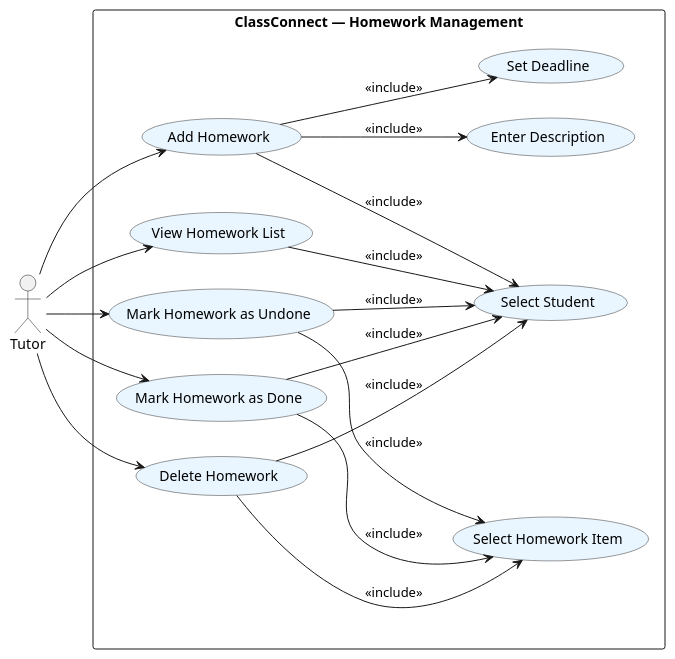
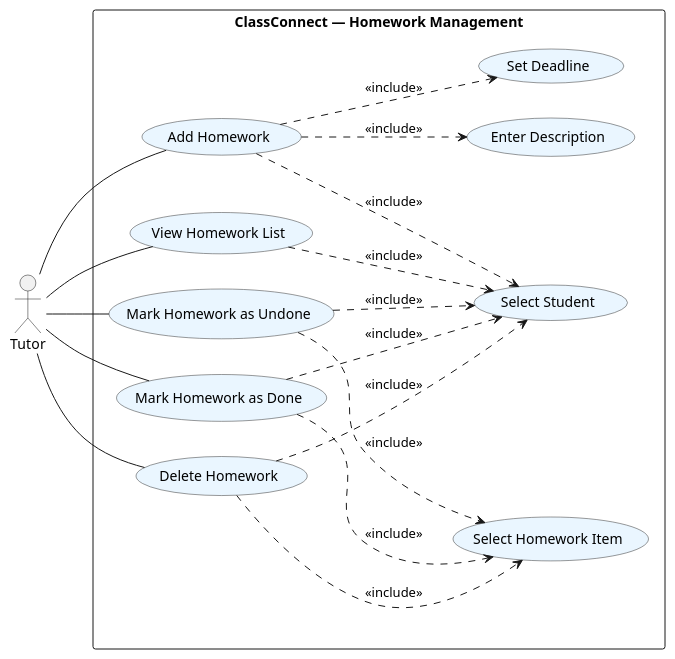
One commit to haobuhaoo/tp changed the diagram in docs/diagrams/HomeworkUseCase.puml. Above: the diagram before and after it, drawn with PlantUML.

Commit message:
Edit UML diagram

```diff
--- a/docs/diagrams/HomeworkUseCase.puml
+++ b/docs/diagrams/HomeworkUseCase.puml
@@ -1,46 +1,46 @@
 @startuml
 left to right direction
 skinparam packageStyle rectangle
 skinparam usecase {
   BackgroundColor #EAF6FF
   BorderColor #333
 }
 
 actor Tutor as T
 
 rectangle "ClassConnect — Homework Management" {
   usecase "Add Homework" as UC_Add
   usecase "Delete Homework" as UC_Del
   usecase "Mark Homework as Done" as UC_Done
   usecase "Mark Homework as Undone" as UC_Undone
   usecase "View Homework List" as UC_View
 
 
   usecase "Select Student" as UC_SelectStudent
   usecase "Select Homework Item" as UC_SelectItem
   usecase "Enter Description" as UC_Desc
   usecase "Set Deadline" as UC_Deadline
 }
 
-T --> UC_Add
-T --> UC_Del
-T --> UC_Done
-T --> UC_Undone
-T --> UC_View
+T -- UC_Add
+T -- UC_Del
+T -- UC_Done
+T -- UC_Undone
+T -- UC_View
 
 
-UC_Add --> UC_SelectStudent : <<include>>
-UC_Add --> UC_Desc          : <<include>>
-UC_Add --> UC_Deadline      : <<include>>
+UC_Add ..> UC_SelectStudent : <<include>>
+UC_Add ..> UC_Desc          : <<include>>
+UC_Add ..> UC_Deadline      : <<include>>
 
-UC_Del --> UC_SelectStudent : <<include>>
-UC_Del --> UC_SelectItem    : <<include>>
+UC_Del ..> UC_SelectStudent : <<include>>
+UC_Del ..> UC_SelectItem    : <<include>>
 
-UC_Done --> UC_SelectStudent : <<include>>
-UC_Done --> UC_SelectItem    : <<include>>
+UC_Done ..> UC_SelectStudent : <<include>>
+UC_Done ..> UC_SelectItem    : <<include>>
 
-UC_Undone --> UC_SelectStudent : <<include>>
-UC_Undone --> UC_SelectItem    : <<include>>
+UC_Undone ..> UC_SelectStudent : <<include>>
+UC_Undone ..> UC_SelectItem    : <<include>>
 
-UC_View --> UC_SelectStudent : <<include>>
+UC_View ..> UC_SelectStudent : <<include>>
 @enduml
```
